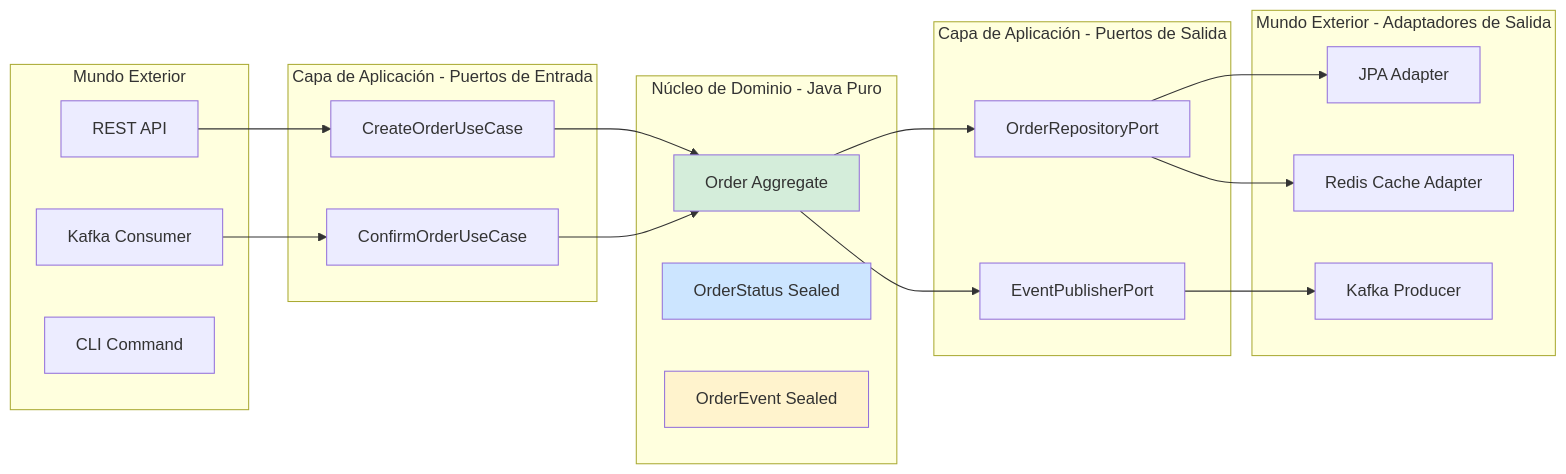
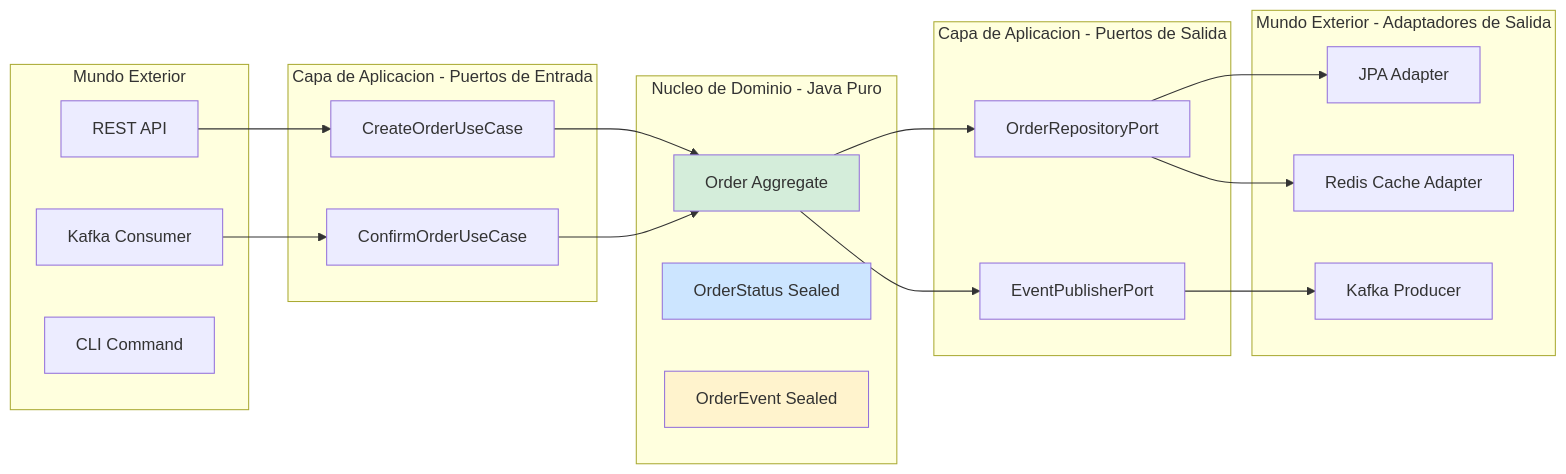
The second of 4 diagrams in 02_Arquitectura/ddd_y_arquitectura_hexagonal_con_java_21_STAFF.md (Joaquinriosheredia/DAM-Java-Mastery), drawn with Mermaid before and after one commit. The commit also changed other lines of this file, not shown here.

Commit message:
ddd_y_arquitectura_hexagonal_con_java_21_STAFF.md

````diff
--- a/02_Arquitectura/ddd_y_arquitectura_hexagonal_con_java_21_STAFF.md
+++ b/02_Arquitectura/ddd_y_arquitectura_hexagonal_con_java_21_STAFF.md
@@ -96,44 +119,44 @@
 ```mermaid
 graph LR
     subgraph "Mundo Exterior"
         REST[REST API]
         KAFKA_IN[Kafka Consumer]
         CLI[CLI Command]
     end
     
-    subgraph "Capa de Aplicación - Puertos de Entrada"
+    subgraph "Capa de Aplicacion - Puertos de Entrada"
         CREATE_USECASE[CreateOrderUseCase]
         CONFIRM_USECASE[ConfirmOrderUseCase]
     end
     
-    subgraph "Núcleo de Dominio - Java Puro"
+    subgraph "Nucleo de Dominio - Java Puro"
         ORDER_AGG[Order Aggregate]
         STATUS[OrderStatus Sealed]
         EVENTS[OrderEvent Sealed]
     end
     
-    subgraph "Capa de Aplicación - Puertos de Salida"
+    subgraph "Capa de Aplicacion - Puertos de Salida"
         ORDER_REPO_PORT[OrderRepositoryPort]
         EVENT_PUB_PORT[EventPublisherPort]
     end
     
     subgraph "Mundo Exterior - Adaptadores de Salida"
         JPA[JPA Adapter]
         KAFKA_OUT[Kafka Producer]
         REDIS[Redis Cache Adapter]
     end
     
     REST --> CREATE_USECASE
     KAFKA_IN --> CONFIRM_USECASE
     CREATE_USECASE --> ORDER_AGG
     CONFIRM_USECASE --> ORDER_AGG
     ORDER_AGG --> ORDER_REPO_PORT
     ORDER_AGG --> EVENT_PUB_PORT
     ORDER_REPO_PORT --> JPA
     ORDER_REPO_PORT --> REDIS
     EVENT_PUB_PORT --> KAFKA_OUT
     
     style ORDER_AGG fill:#d4edda
     style STATUS fill:#cce5ff
     style EVENTS fill:#fff3cd
 ```
````
